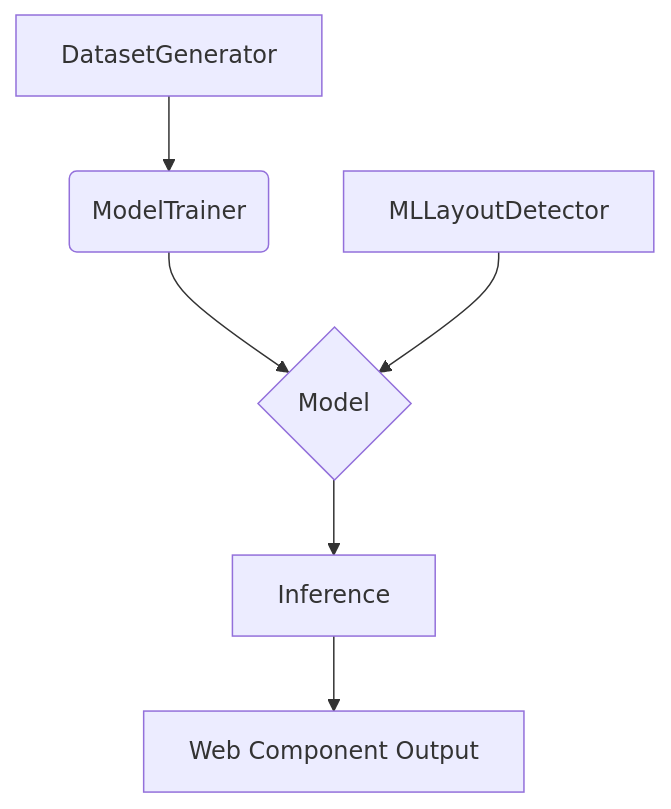
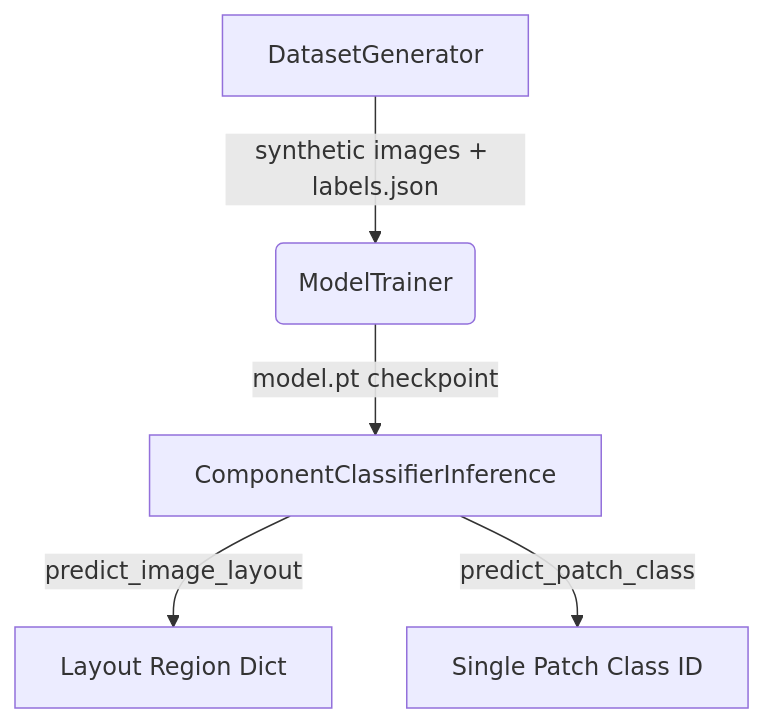
One commit to Lumi-node/webgenai changed the diagram in README.md. Above: the diagram before and after it, drawn with Mermaid. The commit also changed other lines of this file and 2 other files, not shown here.

````diff
--- a/README.md
+++ b/README.md
@@ -77,8 +89,7 @@
 ```mermaid
 graph TD
-    A[DatasetGenerator] --> B(ModelTrainer);
-    B --> C{Model};
-    D[MLLayoutDetector] --> C;
-    C --> E[Inference];
-    E --> F[Web Component Output];
+    A[DatasetGenerator] -->|synthetic images + labels.json| B(ModelTrainer);
+    B -->|model.pt checkpoint| C[ComponentClassifierInference];
+    C -->|predict_image_layout| D[Layout Region Dict];
+    C -->|predict_patch_class| E[Single Patch Class ID];
 ```
````
